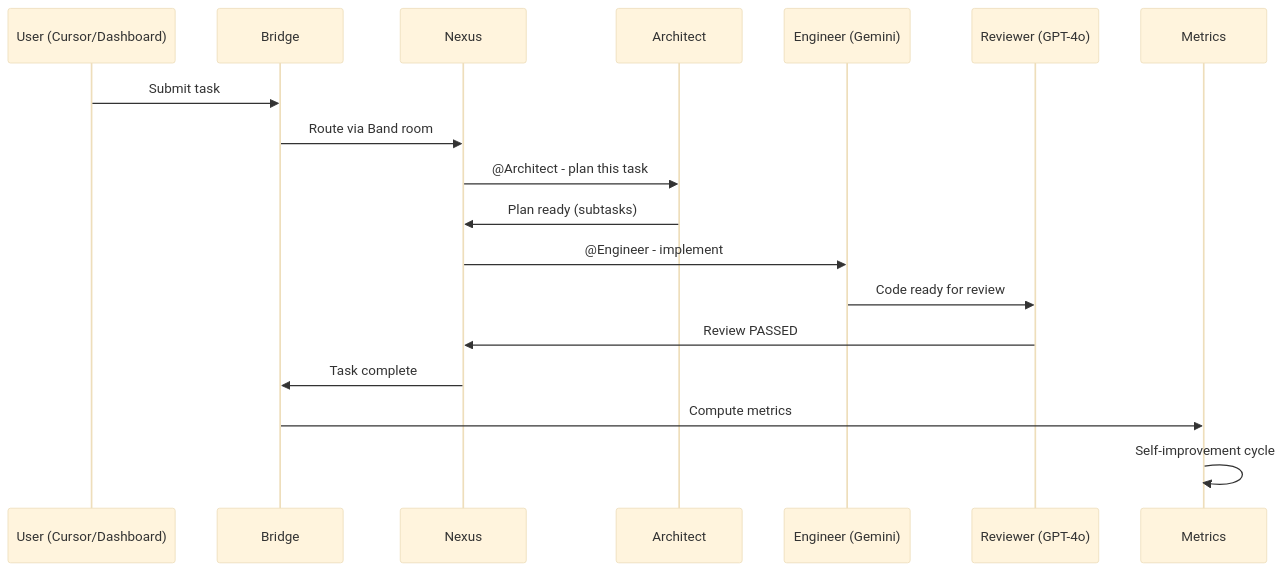
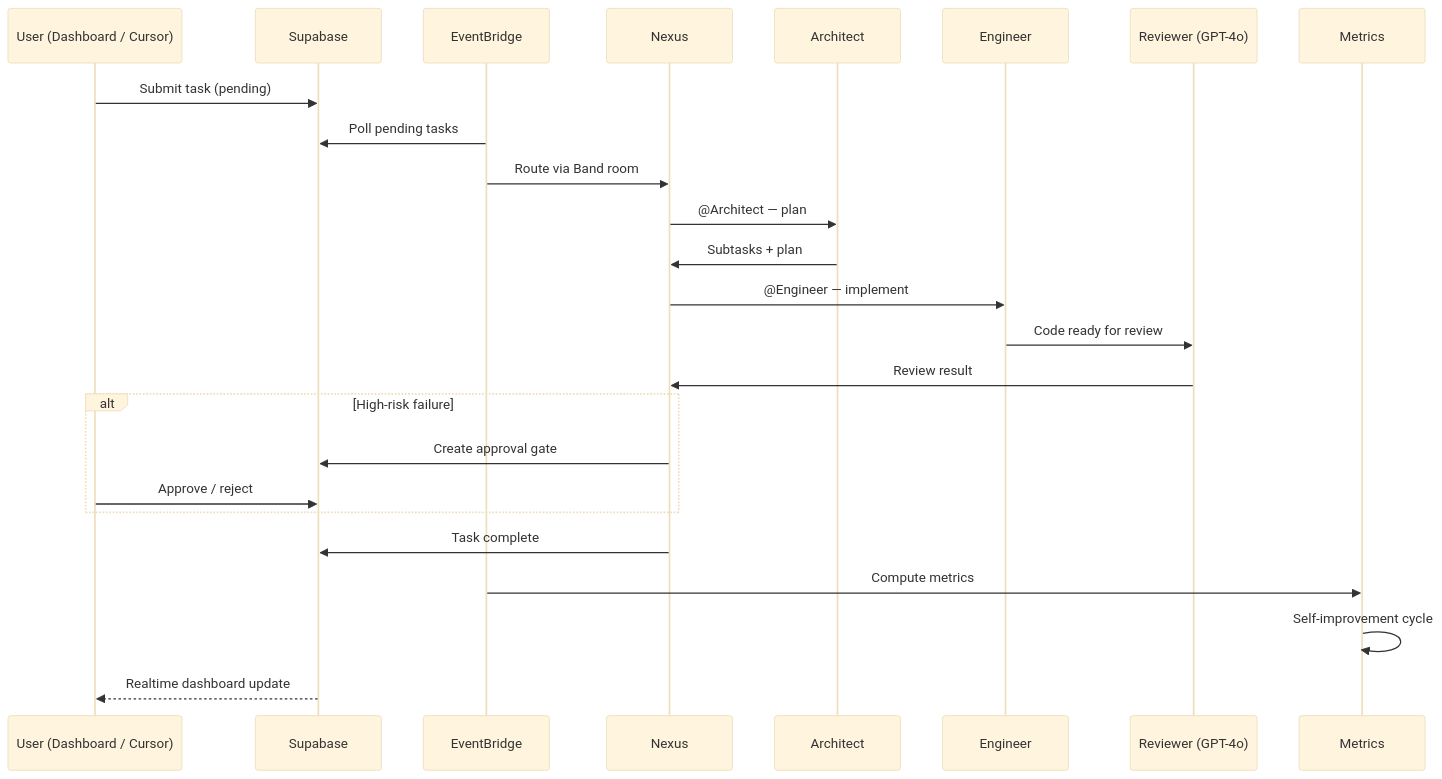
The second of 3 diagrams in README.md (Adit-Jain-srm/Vibe-Syndicate), drawn with Mermaid (base theme) before and after one commit. The commit also changed other lines of this file, not shown here.

First line of the commit message:
docs: rewrite README with current architecture and deployment stack

````diff
--- a/README.md
+++ b/README.md
@@ -72,21 +97,28 @@
 ```mermaid
 sequenceDiagram
-    participant U as User (Cursor/Dashboard)
-    participant B as Bridge
+    participant U as User (Dashboard / Cursor)
+    participant S as Supabase
+    participant B as EventBridge
     participant N as Nexus
     participant A as Architect
-    participant E as Engineer (Gemini)
+    participant E as Engineer
     participant R as Reviewer (GPT-4o)
     participant M as Metrics
 
-    U->>B: Submit task
+    U->>S: Submit task (pending)
+    B->>S: Poll pending tasks
     B->>N: Route via Band room
-    N->>A: @Architect - plan this task
-    A->>N: Plan ready (subtasks)
-    N->>E: @Engineer - implement
+    N->>A: @Architect — plan
+    A->>N: Subtasks + plan
+    N->>E: @Engineer — implement
     E->>R: Code ready for review
-    R->>N: Review PASSED
-    N->>B: Task complete
+    R->>N: Review result
+    alt High-risk failure
+        N->>S: Create approval gate
+        U->>S: Approve / reject
+    end
+    N->>S: Task complete
     B->>M: Compute metrics
     M->>M: Self-improvement cycle
+    S-->>U: Realtime dashboard update
 ```
````
